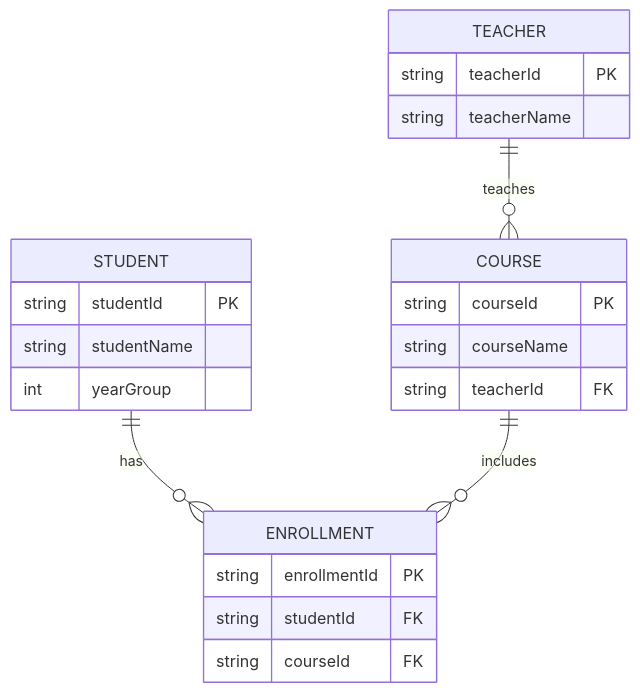
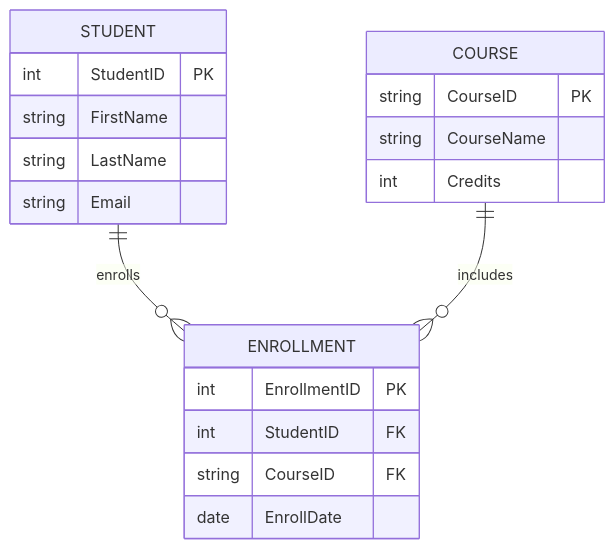
Before and after one commit to whuang0428/ibdp-cs-sl-website: the fifth of 9 diagrams in docs/a3-databases/erd-basics.md, drawn with Mermaid. The commit also changed other lines of this file, not shown here.

Commit message:
Upgrade A3 ERD basics teaching page to v1.1

````diff
--- a/docs/a3-databases/erd-basics.md
+++ b/docs/a3-databases/erd-basics.md
@@ -580,29 +872,25 @@
 ```mermaid
 erDiagram
-    TEACHER ||--o{ COURSE : teaches
-    STUDENT ||--o{ ENROLLMENT : has
+    STUDENT ||--o{ ENROLLMENT : enrolls
     COURSE ||--o{ ENROLLMENT : includes
 
-    TEACHER {
-        string teacherId PK
-        string teacherName
-    }
-
     STUDENT {
-        string studentId PK
-        string studentName
-        int yearGroup
+        int StudentID PK
+        string FirstName
+        string LastName
+        string Email
     }
 
     COURSE {
-        string courseId PK
-        string courseName
-        string teacherId FK
+        string CourseID PK
+        string CourseName
+        int Credits
     }
 
     ENROLLMENT {
-        string enrollmentId PK
-        string studentId FK
-        string courseId FK
+        int EnrollmentID PK
+        int StudentID FK
+        string CourseID FK
+        date EnrollDate
     }
 ```
````
